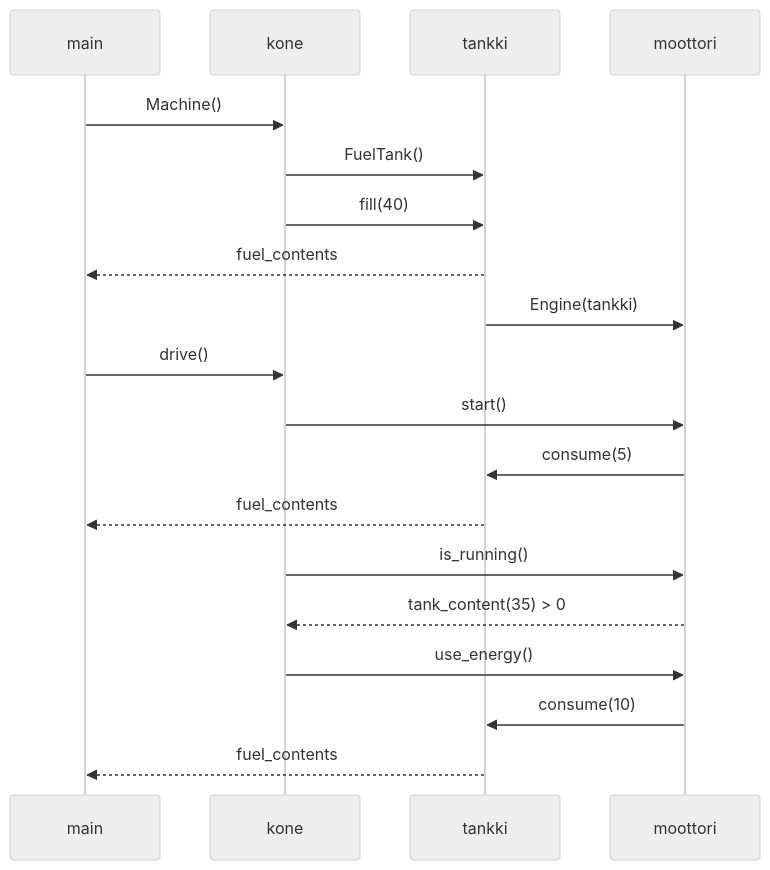
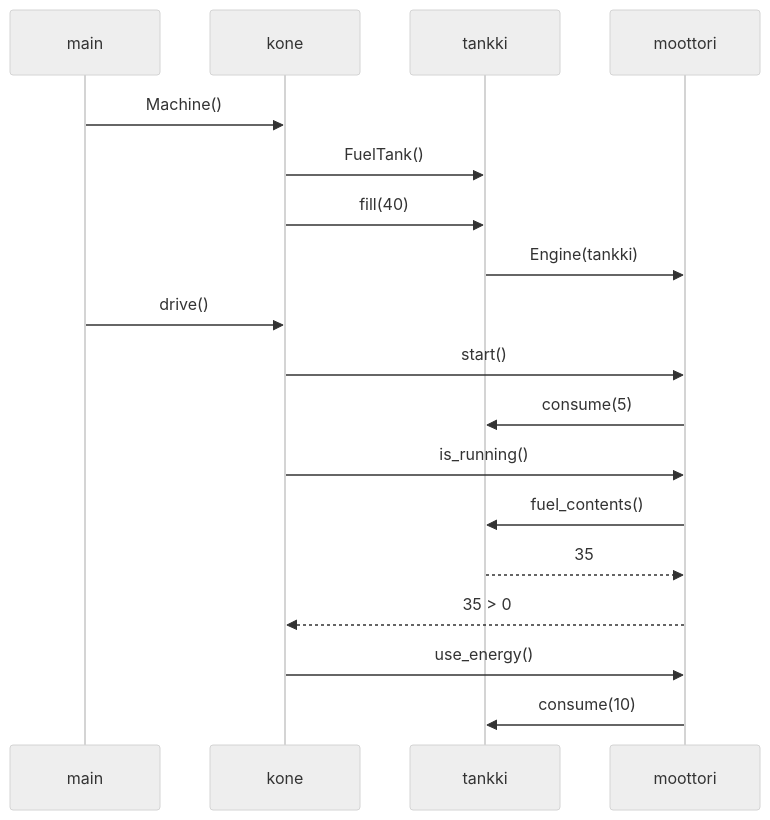
One commit to Kaabero/ot-harjoitustyo changed the diagram in laskarit/viikko3/tehtava3.md. Above: the diagram before and after it, drawn with Mermaid (neutral theme).

````diff
--- a/laskarit/viikko3/tehtava3.md
+++ b/laskarit/viikko3/tehtava3.md
@@ -2,22 +2,19 @@
 ```mermaid
 sequenceDiagram
   participant main
-  participant kone
   main->>kone: Machine()
-  participant tankki
   kone->>tankki: FuelTank()
   kone->>tankki: fill(40)
-  tankki-->>main: fuel_contents
-  participant moottori
   tankki->>moottori: Engine(tankki)
   main->>kone: drive()
   kone->>moottori: start()
   moottori->>tankki: consume(5)
-  tankki-->>main: fuel_contents
   kone->>moottori: is_running()
-  moottori-->>kone: tank_content(35) > 0
+  moottori->>tankki: fuel_contents()
+  tankki-->>moottori: 35
+  moottori-->>kone: 35 > 0
   kone->>moottori: use_energy()
   moottori->>tankki: consume(10)
-  tankki-->>main: fuel_contents
+ 
 
 ```
````
